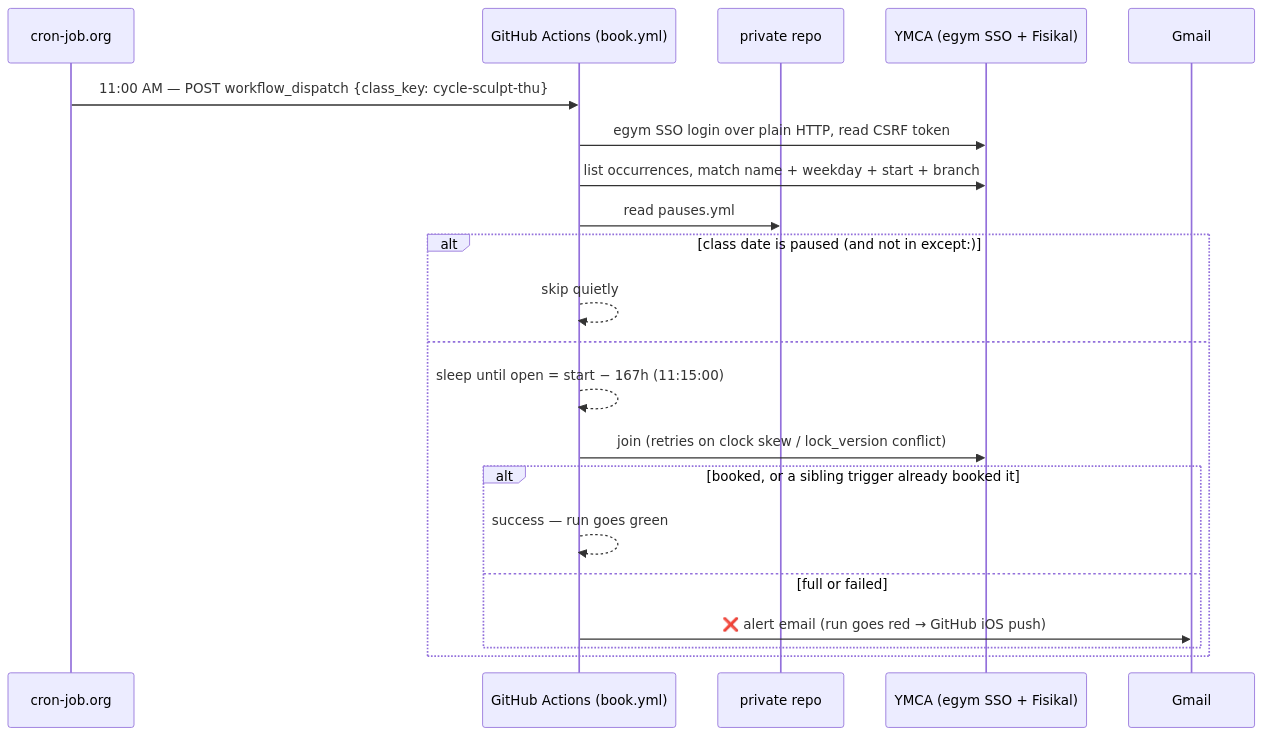
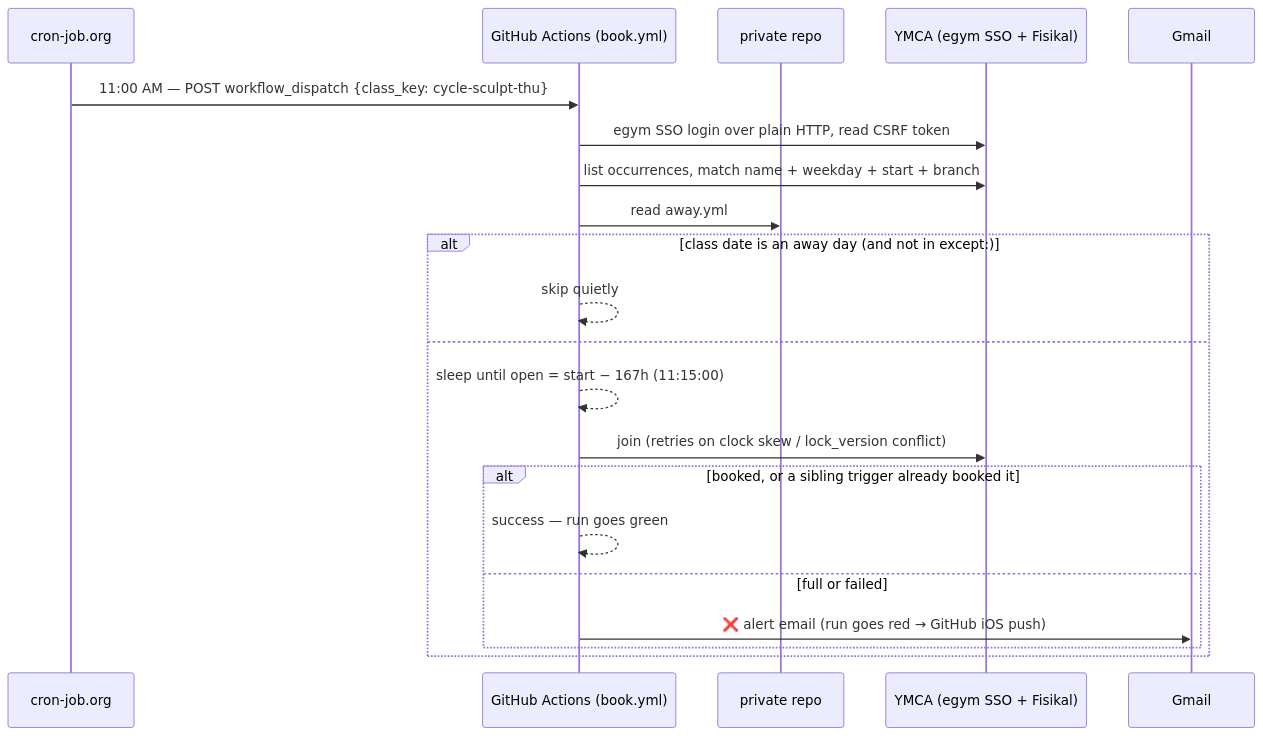
One commit to thomashan1/ymca-autobook changed the second of 2 diagrams in docs/architecture.md. Above: the diagram before and after it, drawn with Mermaid. The commit also changed other lines of this file and 42 other files, not shown here.

First line of the commit message:
Rename pauses to away everywhere: away.yml, src/away.py, AwayRange (#178)

````diff
--- a/docs/architecture.md
+++ b/docs/architecture.md
@@ -65,24 +65,24 @@
 ```mermaid
 sequenceDiagram
     participant C as cron-job.org
     participant G as GitHub Actions (book.yml)
     participant P as private repo
     participant Y as YMCA (egym SSO + Fisikal)
     participant M as Gmail
 
     C->>G: 11:00 AM — POST workflow_dispatch {class_key: cycle-sculpt-thu}
     G->>Y: egym SSO login over plain HTTP, read CSRF token
     G->>Y: list occurrences, match name + weekday + start + branch
-    G->>P: read pauses.yml
-    alt class date is paused (and not in except:)
+    G->>P: read away.yml
+    alt class date is an away day (and not in except:)
         G-->>G: skip quietly
     else
         G-->>G: sleep until open = start − 167h (11:15:00)
         G->>Y: join (retries on clock skew / lock_version conflict)
         alt booked, or a sibling trigger already booked it
             G-->>G: success — run goes green
         else full or failed
             G->>M: ❌ alert email (run goes red → GitHub iOS push)
         end
     end
 ```
````
